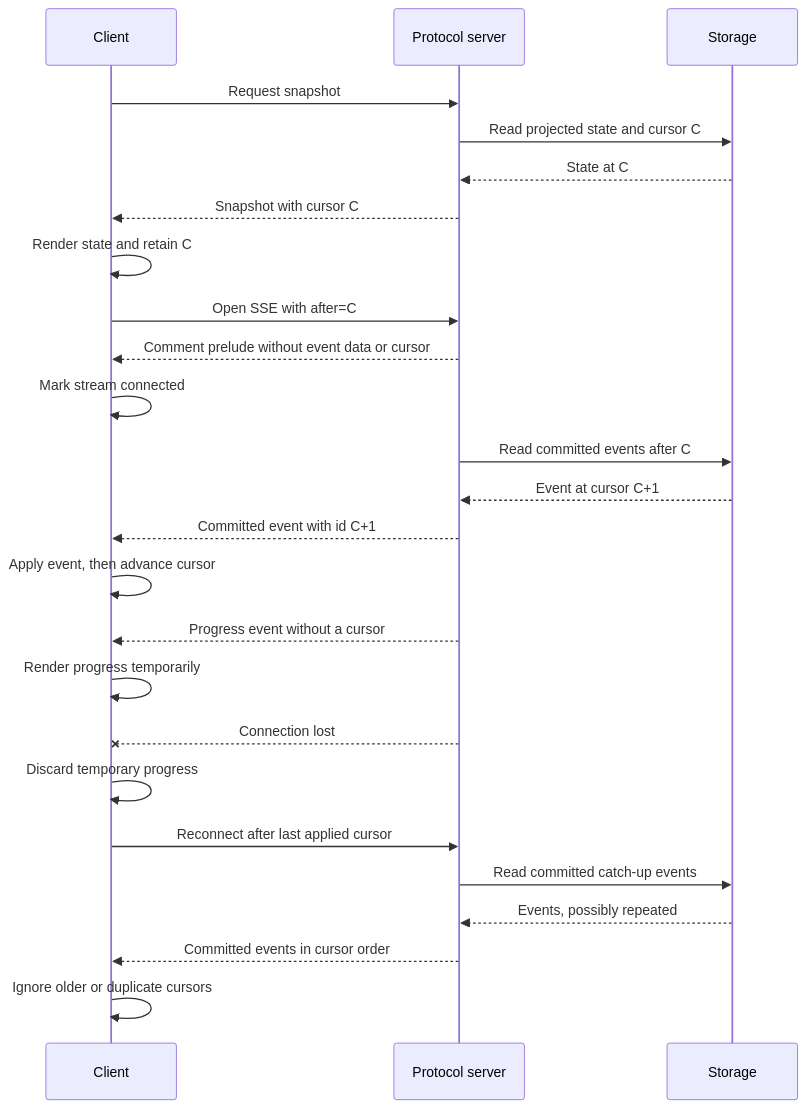
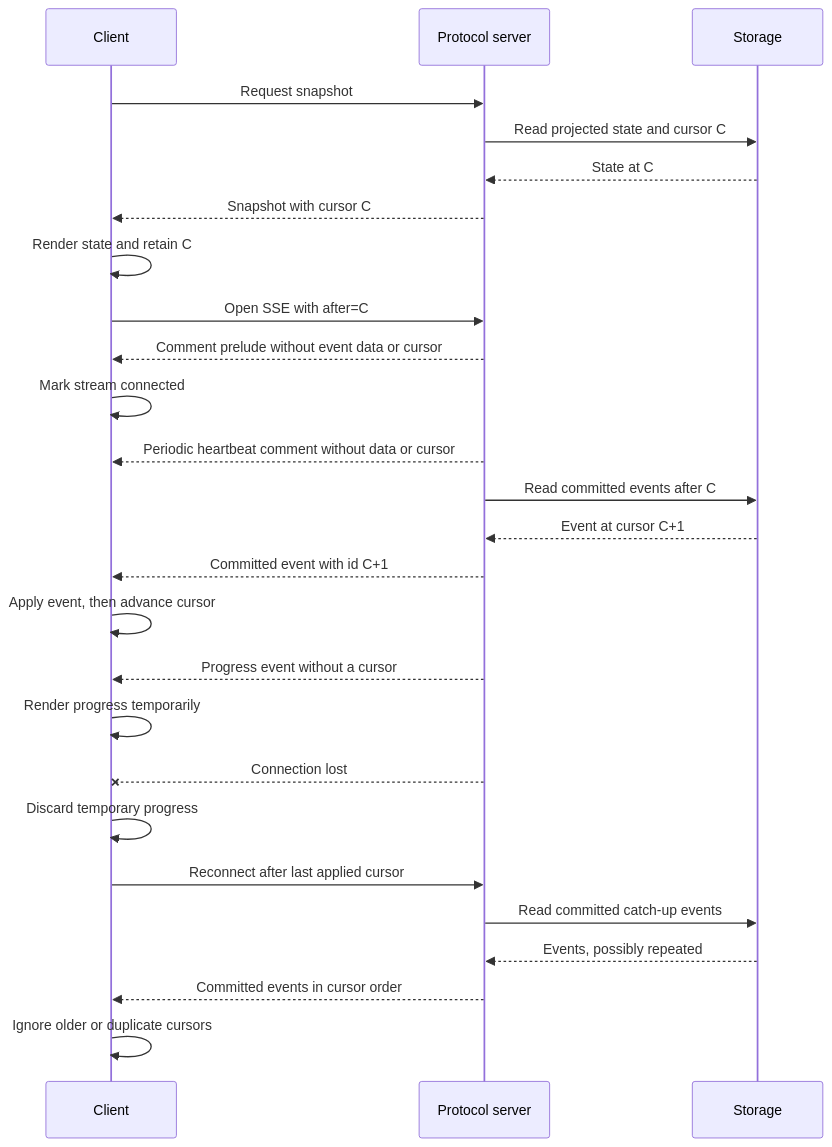
Before and after one commit to kousun12/agencity: the diagram in docs/protocol.md, drawn with Mermaid. The commit also changed other lines of this file and 11 other files, not shown here.

````diff
--- a/docs/protocol.md
+++ b/docs/protocol.md
@@ -356,30 +356,31 @@
 ```mermaid
 sequenceDiagram
     participant Client
     participant Protocol as Protocol server
     participant Storage
 
     Client->>Protocol: Request snapshot
     Protocol->>Storage: Read projected state and cursor C
     Storage-->>Protocol: State at C
     Protocol-->>Client: Snapshot with cursor C
     Client->>Client: Render state and retain C
 
     Client->>Protocol: Open SSE with after=C
     Protocol-->>Client: Comment prelude without event data or cursor
     Client->>Client: Mark stream connected
+    Protocol-->>Client: Periodic heartbeat comment without data or cursor
     Protocol->>Storage: Read committed events after C
     Storage-->>Protocol: Event at cursor C+1
     Protocol-->>Client: Committed event with id C+1
     Client->>Client: Apply event, then advance cursor
     Protocol-->>Client: Progress event without a cursor
     Client->>Client: Render progress temporarily
 
     Protocol--xClient: Connection lost
     Client->>Client: Discard temporary progress
     Client->>Protocol: Reconnect after last applied cursor
     Protocol->>Storage: Read committed catch-up events
     Storage-->>Protocol: Events, possibly repeated
     Protocol-->>Client: Committed events in cursor order
     Client->>Client: Ignore older or duplicate cursors
 ```
````
